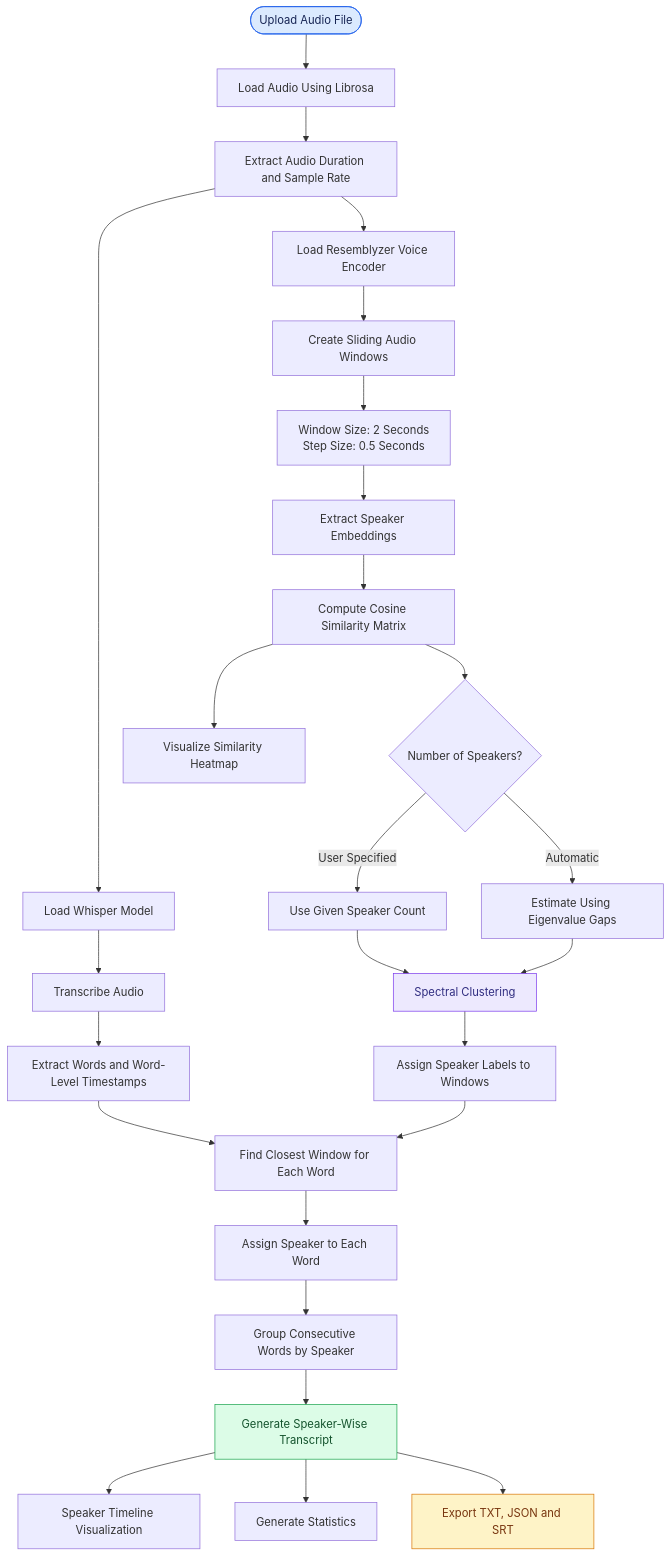
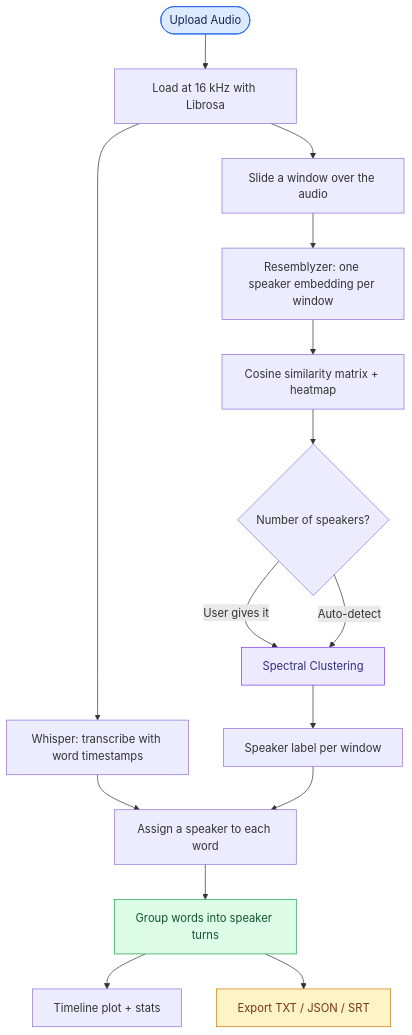
Before and after one commit to Abhiram7732/llm-based-diarization-transcribing: the first of 2 diagrams in README.md, drawn with Mermaid. The commit also changed other lines of this file, not shown here.

````diff
--- a/README.md
+++ b/README.md
@@ -47,42 +30,22 @@
 ```mermaid
 flowchart TD
-    A([Upload Audio File]) --> B[Load Audio Using Librosa]
-    B --> C[Extract Audio Duration and Sample Rate]
-
-    C --> D[Load Whisper Model]
-    D --> E[Transcribe Audio]
-    E --> F[Extract Words and Word-Level Timestamps]
-
-    C --> G[Load Resemblyzer Voice Encoder]
-    G --> H[Create Sliding Audio Windows]
-    H --> I[Window Size: 2 Seconds<br/>Step Size: 0.5 Seconds]
-    I --> J[Extract Speaker Embeddings]
-
-    J --> K[Compute Cosine Similarity Matrix]
-    K --> L[Visualize Similarity Heatmap]
-
-    K --> M{Number of Speakers?}
-    M -->|User Specified| N[Use Given Speaker Count]
-    M -->|Automatic| O[Estimate Using Eigenvalue Gaps]
-
-    N --> P[Spectral Clustering]
-    O --> P
-
-    P --> Q[Assign Speaker Labels to Windows]
-    F --> R[Find Closest Window for Each Word]
-    Q --> R
-
-    R --> S[Assign Speaker to Each Word]
-    S --> T[Group Consecutive Words by Speaker]
-
-    T --> U[Generate Speaker-Wise Transcript]
-
-    U --> V[Speaker Timeline Visualization]
-    U --> W[Generate Statistics]
-    U --> X[Export TXT, JSON and SRT]
+    A([Upload Audio]) --> B[Load at 16 kHz with Librosa]
+    B --> C[Whisper: transcribe with word timestamps]
+    B --> D[Slide a window over the audio]
+    D --> E[Resemblyzer: one speaker embedding per window]
+    E --> F[Cosine similarity matrix + heatmap]
+    F --> G{Number of speakers?}
+    G -->|User gives it| H[Spectral Clustering]
+    G -->|Auto-detect| H
+    H --> I[Speaker label per window]
+    C --> J[Assign a speaker to each word]
+    I --> J
+    J --> K[Group words into speaker turns]
+    K --> L[Timeline plot + stats]
+    K --> M[Export TXT / JSON / SRT]
 
     style A fill:#dbeafe,stroke:#2563eb,color:#172554
-    style P fill:#ede9fe,stroke:#7c3aed,color:#312e81
-    style U fill:#dcfce7,stroke:#16a34a,color:#14532d
-    style X fill:#fef3c7,stroke:#d97706,color:#78350f
+    style H fill:#ede9fe,stroke:#7c3aed,color:#312e81
+    style K fill:#dcfce7,stroke:#16a34a,color:#14532d
+    style M fill:#fef3c7,stroke:#d97706,color:#78350f
 ```
````
